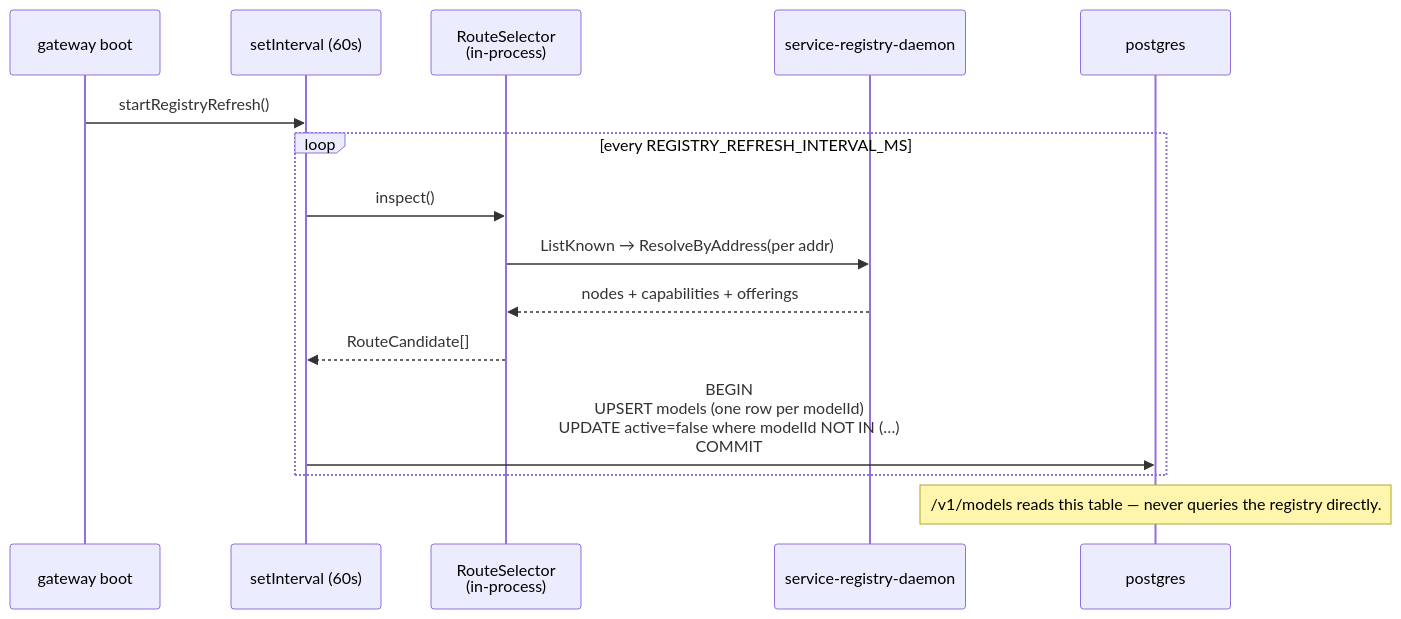
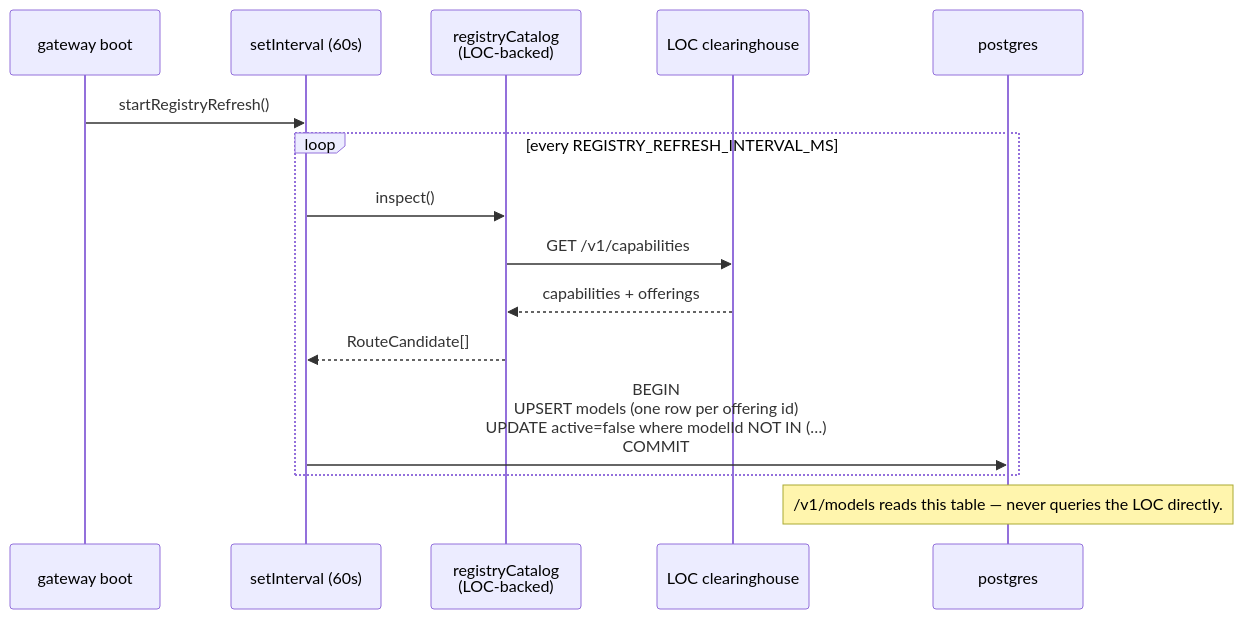
Before and after one commit to Cloud-SPE/livepeer-modules-openai-gateway: the fifth of 7 diagrams in ARCHITECTURE.md, drawn with Mermaid. The commit also changed other lines of this file and 67 other files, not shown here.

````diff
--- a/ARCHITECTURE.md
+++ b/ARCHITECTURE.md
@@ -274,19 +293,19 @@
 ```mermaid
 sequenceDiagram
   participant T as gateway boot
   participant TIMER as setInterval (60s)
-  participant RS as RouteSelector<br/>(in-process)
-  participant REG as service-registry-daemon
+  participant CAT as registryCatalog<br/>(LOC-backed)
+  participant LOC as LOC clearinghouse
   participant DB as postgres
 
   T->>TIMER: startRegistryRefresh()
   loop every REGISTRY_REFRESH_INTERVAL_MS
-    TIMER->>RS: inspect()
-    RS->>REG: ListKnown → ResolveByAddress(per addr)
-    REG-->>RS: nodes + capabilities + offerings
-    RS-->>TIMER: RouteCandidate[]
-    TIMER->>DB: BEGIN<br/>UPSERT models (one row per modelId)<br/>UPDATE active=false where modelId NOT IN (…)<br/>COMMIT
+    TIMER->>CAT: inspect()
+    CAT->>LOC: GET /v1/capabilities
+    LOC-->>CAT: capabilities + offerings
+    CAT-->>TIMER: RouteCandidate[]
+    TIMER->>DB: BEGIN<br/>UPSERT models (one row per offering id)<br/>UPDATE active=false where modelId NOT IN (…)<br/>COMMIT
   end
 
-  Note over DB: /v1/models reads this table — never queries the registry directly.
+  Note over DB: /v1/models reads this table — never queries the LOC directly.
 ```
````
